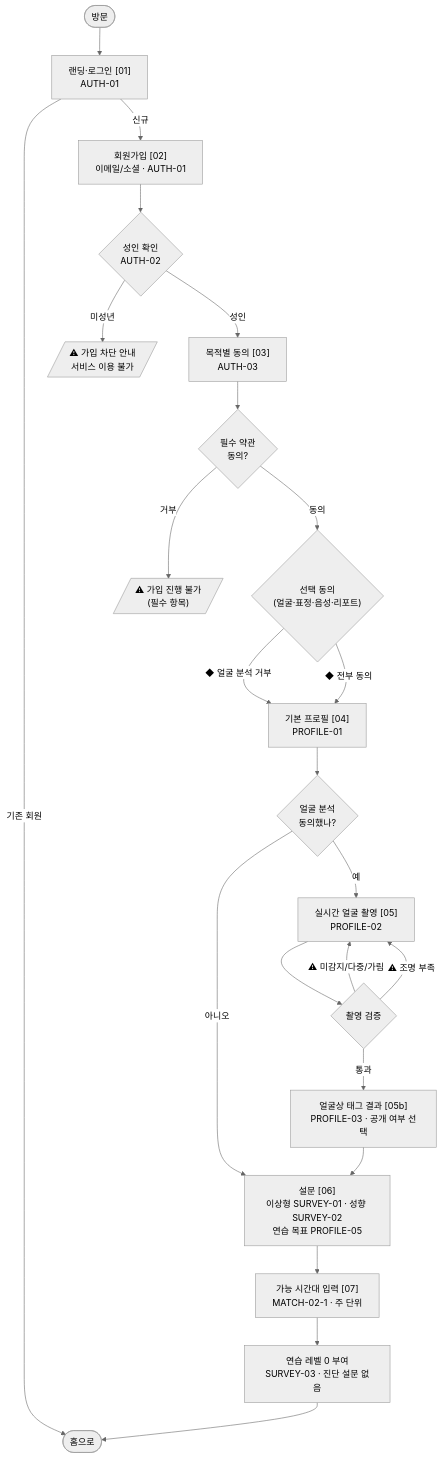
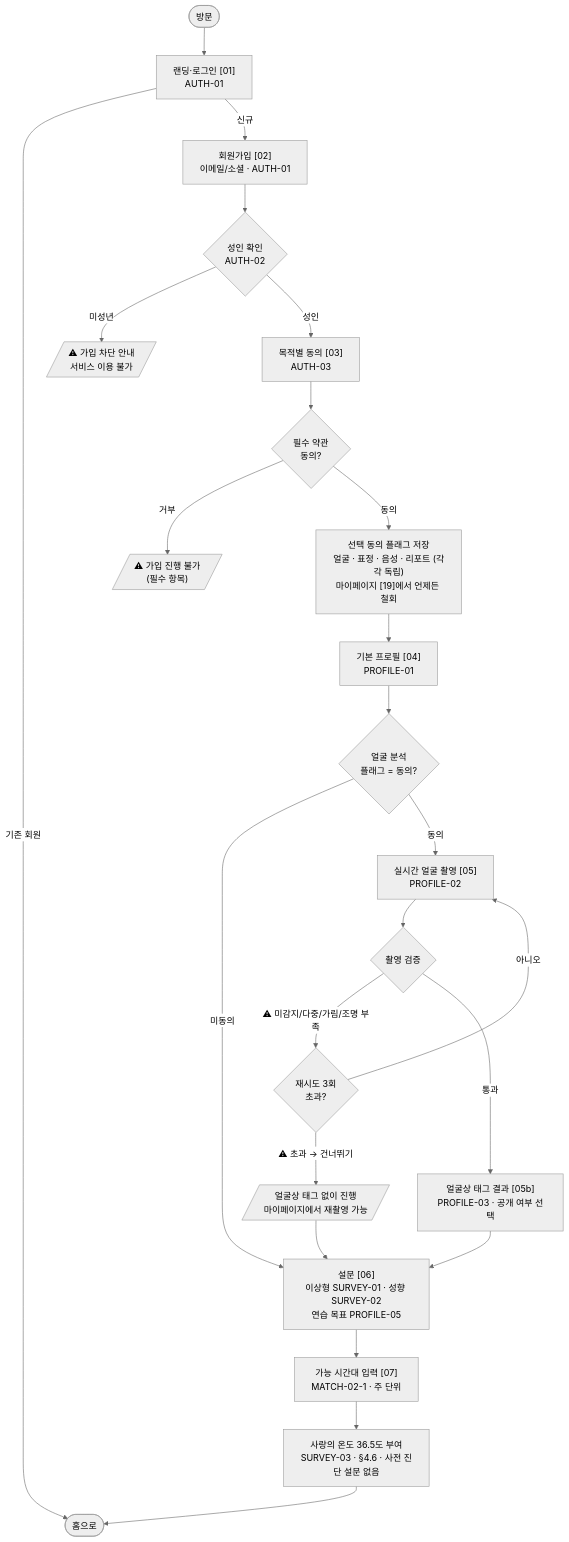
One commit to nenini/tikitaka changed the second of 7 diagrams in 기획산출물/유저플로우.md. Above: the diagram before and after it, drawn with Mermaid (neutral theme). The commit also changed other lines of this file, not shown here.

Commit message:
(S15P11A307-236):유저플로우 수정

````diff
--- a/기획산출물/유저플로우.md
+++ b/기획산출물/유저플로우.md
@@ -27,29 +39,30 @@
 ```mermaid
 flowchart TD
     S([방문]) --> L["랜딩·로그인 [01]<br/>AUTH-01"]
     L -->|기존 회원| HOME([홈으로])
     L -->|신규| R["회원가입 [02]<br/>이메일/소셜 · AUTH-01"]
     R --> AGE{"성인 확인<br/>AUTH-02"}
     AGE -->|미성년| BLOCK[/"⚠ 가입 차단 안내<br/>서비스 이용 불가"/]
     AGE -->|성인| CONSENT["목적별 동의 [03]<br/>AUTH-03"]
 
     CONSENT --> CGATE{"필수 약관<br/>동의?"}
     CGATE -->|거부| BLOCK2[/"⚠ 가입 진행 불가<br/>(필수 항목)"/]
-    CGATE -->|동의| OPT{"선택 동의<br/>(얼굴·표정·음성·리포트)"}
+    CGATE -->|동의| OPT["선택 동의 플래그 저장<br/>얼굴 · 표정 · 음성 · 리포트 (각각 독립)<br/>마이페이지 [19]에서 언제든 철회"]
 
-    OPT -->|"◆ 얼굴 분석 거부"| PROF
-    OPT -->|"◆ 전부 동의"| PROF["기본 프로필 [04]<br/>PROFILE-01"]
+    OPT --> PROF["기본 프로필 [04]<br/>PROFILE-01"]
 
-    PROF --> FACE{"얼굴 분석<br/>동의했나?"}
-    FACE -->|아니오| SURVEY
-    FACE -->|예| CAM["실시간 얼굴 촬영 [05]<br/>PROFILE-02"]
+    PROF --> FACE{"얼굴 분석<br/>플래그 = 동의?"}
+    FACE -->|미동의| SURVEY
+    FACE -->|동의| CAM["실시간 얼굴 촬영 [05]<br/>PROFILE-02"]
     CAM --> CAMOK{촬영 검증}
-    CAMOK -->|"⚠ 미감지/다중/가림"| CAM
-    CAMOK -->|"⚠ 조명 부족"| CAM
+    CAMOK -->|"⚠ 미감지/다중/가림/조명 부족"| RETRYC{"재시도 3회<br/>초과?"}
+    RETRYC -->|아니오| CAM
+    RETRYC -->|"⚠ 초과 → 건너뛰기"| SKIPF[/"얼굴상 태그 없이 진행<br/>마이페이지에서 재촬영 가능"/]
+    SKIPF --> SURVEY
     CAMOK -->|통과| TAG["얼굴상 태그 결과 [05b]<br/>PROFILE-03 · 공개 여부 선택"]
     TAG --> SURVEY["설문 [06]<br/>이상형 SURVEY-01 · 성향 SURVEY-02<br/>연습 목표 PROFILE-05"]
 
     SURVEY --> TIME["가능 시간대 입력 [07]<br/>MATCH-02-1 · 주 단위"]
-    TIME --> LV0["연습 레벨 0 부여<br/>SURVEY-03 · 진단 설문 없음"]
-    LV0 --> HOME
+    TIME --> TEMP["사랑의 온도 36.5도 부여<br/>SURVEY-03 · §4.6 · 사전 진단 설문 없음"]
+    TEMP --> HOME
 ```
````
